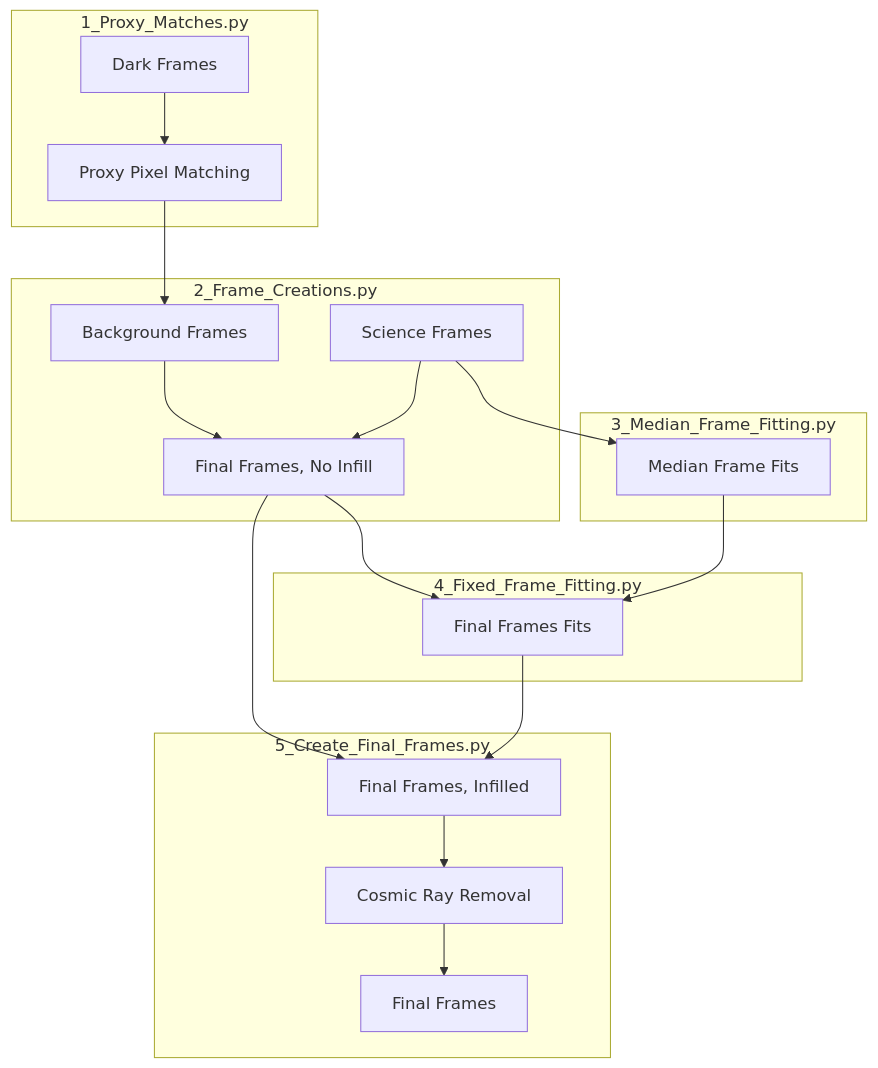
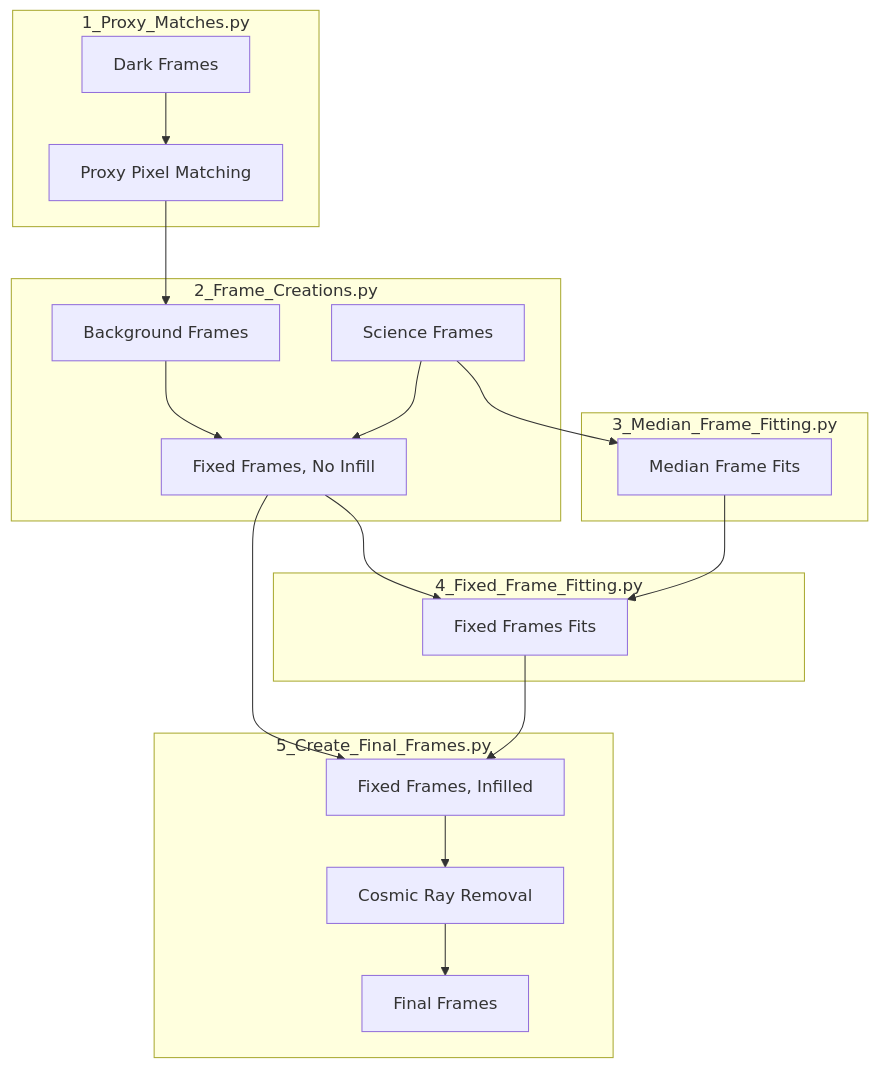
Before and after one commit to sees9730/CUTE-CubeSat-Proxy-Pixel-Pipeline: the diagram in README.md, drawn with Mermaid. The commit also changed other lines of this file, not shown here.

````diff
--- a/README.md
+++ b/README.md
@@ -57,21 +57,21 @@
 ```mermaid
 flowchart TD;
     subgraph 1_Proxy_Matches.py
     A[Dark Frames] --> B[Proxy Pixel Matching];
     end
     subgraph 2_Frame_Creations.py
     B --> C[Background Frames];
-    C & D[Science Frames] --> E[Final Frames, No Infill];
+    C & D[Science Frames] --> E[Fixed Frames, No Infill];
     end
     subgraph 3_Median_Frame_Fitting.py
     D --> F[Median Frame Fits]
     end
     subgraph 4_Fixed_Frame_Fitting.py
-    E & F --> G[Final Frames Fits];
+    E & F --> G[Fixed Frames Fits];
     end
-    E & G --> H[Final Frames, Infilled];
+    E & G --> H[Fixed Frames, Infilled];
     subgraph 5_Create_Final_Frames.py
     H --> I[Cosmic Ray Removal]
     I --> J[Final Frames];
     end
 ```
````
